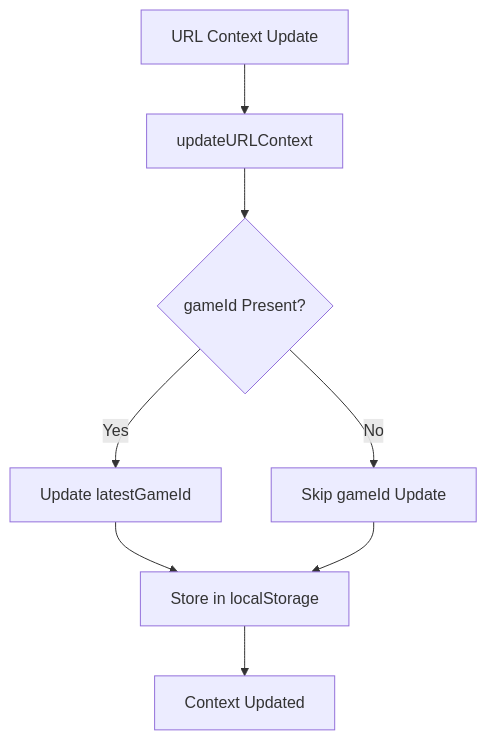
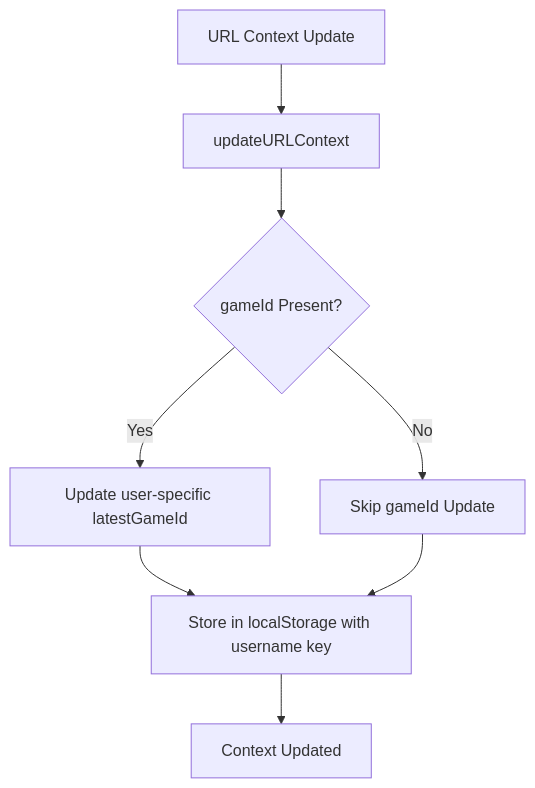
One commit to starixvn/l1_game-clients_number-games_gn-game-client changed the seventh of 7 diagrams in docs/first-login-redirect-lobby.md. Above: the diagram before and after it, drawn with Mermaid. The commit also changed other lines of this file and 8 other files, not shown here.

````diff
--- a/docs/first-login-redirect-lobby.md
+++ b/docs/first-login-redirect-lobby.md
@@ -201,10 +256,10 @@
 ```mermaid
 flowchart TD
     A["URL Context Update"] --> B["updateURLContext"]
     B --> C{"gameId Present?"}
-    C -->|Yes| D["Update latestGameId"]
+    C -->|Yes| D["Update user-specific latestGameId"]
     C -->|No| E["Skip gameId Update"]
-    D --> F["Store in localStorage"]
+    D --> F["Store in localStorage with username key"]
     E --> F
     F --> G["Context Updated"]
 ```
````
